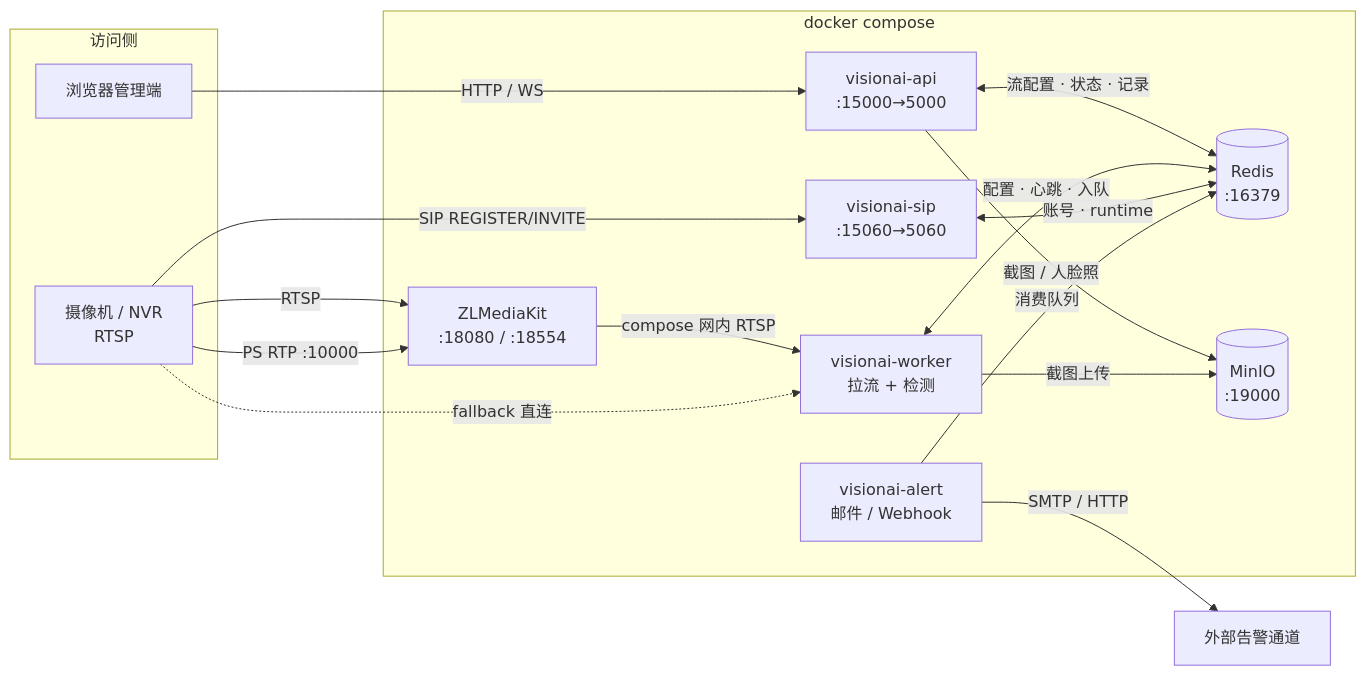
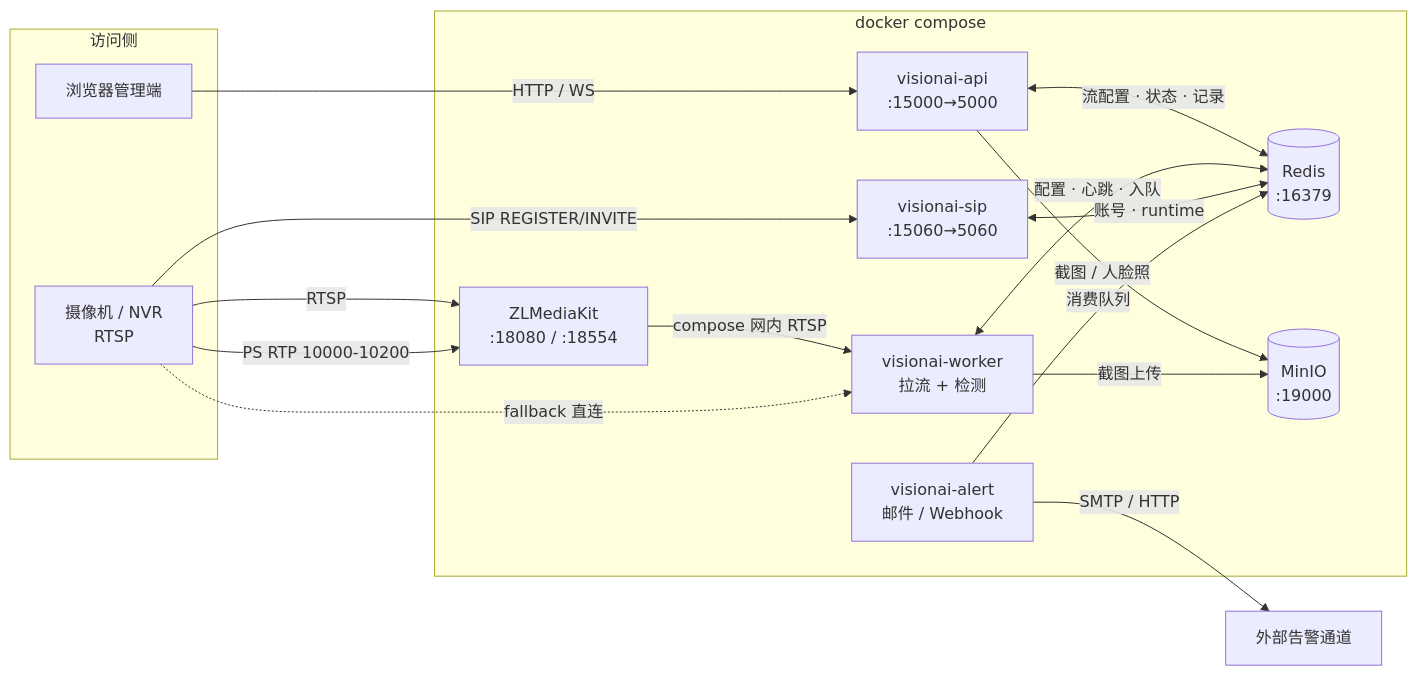
One commit to jiaxu-wang/JXVisionAI changed the first of 5 diagrams in docs/architecture.md. Above: the diagram before and after it, drawn with Mermaid. The commit also changed other lines of this file and 11 other files, not shown here.

````diff
--- a/docs/architecture.md
+++ b/docs/architecture.md
@@ -57,31 +57,31 @@
 ```mermaid
 flowchart LR
   subgraph clients [访问侧]
     Browser[浏览器管理端]
     Cam[摄像机 / NVR<br/>RTSP]
   end
 
   subgraph compose [docker compose]
     API["visionai-api<br/>:15000→5000"]
     Worker["visionai-worker<br/>拉流 + 检测"]
     AlertW["visionai-alert<br/>邮件 / Webhook"]
     Sip["visionai-sip<br/>:15060→5060"]
     Redis[(Redis<br/>:16379)]
     MinIO[(MinIO<br/>:19000)]
     ZLM[ZLMediaKit<br/>:18080 / :18554]
   end
 
   Browser -->|HTTP / WS| API
   API <-->|流配置 · 状态 · 记录| Redis
   API -->|截图 / 人脸照| MinIO
   Worker <-->|配置 · 心跳 · 入队| Redis
   Worker -->|截图上传| MinIO
   Cam -->|RTSP| ZLM
   Cam -->|SIP REGISTER/INVITE| Sip
-  Cam -->|PS RTP :10000| ZLM
+  Cam -->|PS RTP 10000-10200| ZLM
   Sip <-->|账号 · runtime| Redis
   ZLM -->|compose 网内 RTSP| Worker
   Cam -.->|fallback 直连| Worker
   AlertW -->|消费队列| Redis
   AlertW -->|SMTP / HTTP| Ext[外部告警通道]
 ```
````
